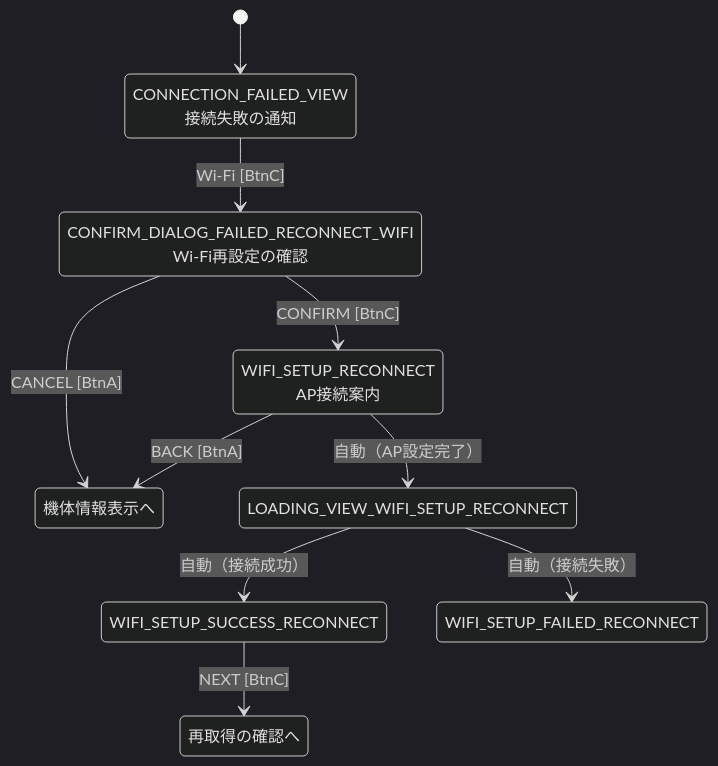
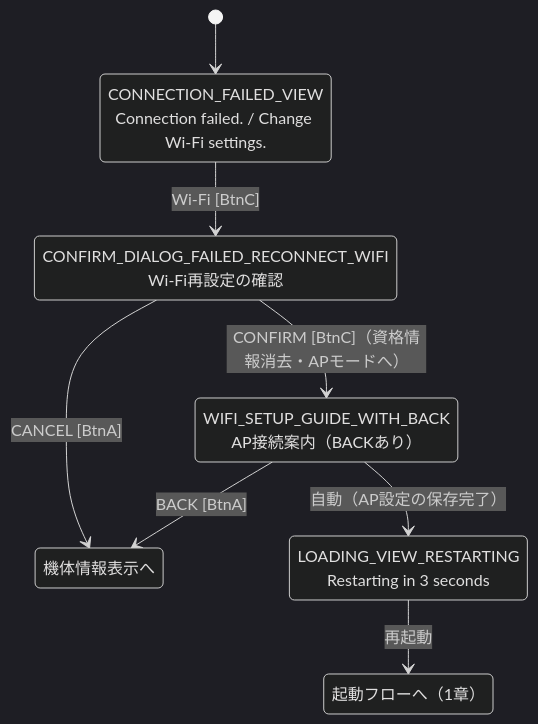
One commit to ymo999/m5stack-flight-tracker changed the fifth of 5 diagrams in docs/画面遷移設計_M5Stack_航空機スキャンシステム.md. Above: the diagram before and after it, drawn with Mermaid (dark theme). The commit also changed other lines of this file and 1 other file, not shown here.

````diff
--- a/docs/画面遷移設計_M5Stack_航空機スキャンシステム.md
+++ b/docs/画面遷移設計_M5Stack_航空機スキャンシステム.md
@@ -193,22 +209,18 @@
 ```mermaid
 stateDiagram-v2
     [*] --> CONNECTION_FAILED
     CONNECTION_FAILED --> CONFIRM_RECONNECT : Wi-Fi [BtnC]
     CONFIRM_RECONNECT --> FLIGHT_VIEW : CANCEL [BtnA]
-    CONFIRM_RECONNECT --> WIFI_SETUP_RECONNECT : CONFIRM [BtnC]
+    CONFIRM_RECONNECT --> GUIDE_WITH_BACK : CONFIRM [BtnC]（資格情報消去・APモードへ）
 
-    WIFI_SETUP_RECONNECT --> LOADING_WIFI_RECONNECT : 自動（AP設定完了）
-    WIFI_SETUP_RECONNECT --> FLIGHT_VIEW : BACK [BtnA]
-    LOADING_WIFI_RECONNECT --> WIFI_SUCCESS_RECONNECT : 自動（接続成功）
-    LOADING_WIFI_RECONNECT --> WIFI_FAILED_RECONNECT : 自動（接続失敗）
-    WIFI_SUCCESS_RECONNECT --> CONFIRM_REFRESH : NEXT [BtnC]
+    GUIDE_WITH_BACK --> FLIGHT_VIEW : BACK [BtnA]
+    GUIDE_WITH_BACK --> RESTARTING : 自動（AP設定の保存完了）
+    RESTARTING --> BOOT : 再起動
 
-    CONNECTION_FAILED : CONNECTION_FAILED_VIEW<br>接続失敗の通知
+    CONNECTION_FAILED : CONNECTION_FAILED_VIEW<br>Connection failed. / Change Wi-Fi settings.
     CONFIRM_RECONNECT : CONFIRM_DIALOG_FAILED_RECONNECT_WIFI<br>Wi-Fi再設定の確認
-    WIFI_SETUP_RECONNECT : WIFI_SETUP_RECONNECT<br>AP接続案内
-    LOADING_WIFI_RECONNECT : LOADING_VIEW_WIFI_SETUP_RECONNECT
-    WIFI_SUCCESS_RECONNECT : WIFI_SETUP_SUCCESS_RECONNECT
-    WIFI_FAILED_RECONNECT : WIFI_SETUP_FAILED_RECONNECT
-    CONFIRM_REFRESH : 再取得の確認へ
+    GUIDE_WITH_BACK : WIFI_SETUP_GUIDE_WITH_BACK<br>AP接続案内（BACKあり）
+    RESTARTING : LOADING_VIEW_RESTARTING<br>Restarting in 3 seconds
+    BOOT : 起動フローへ（1章）
     FLIGHT_VIEW : 機体情報表示へ
 ```
````
